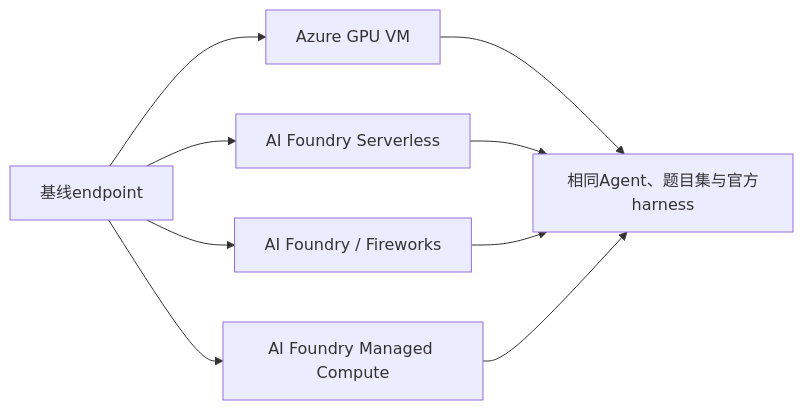
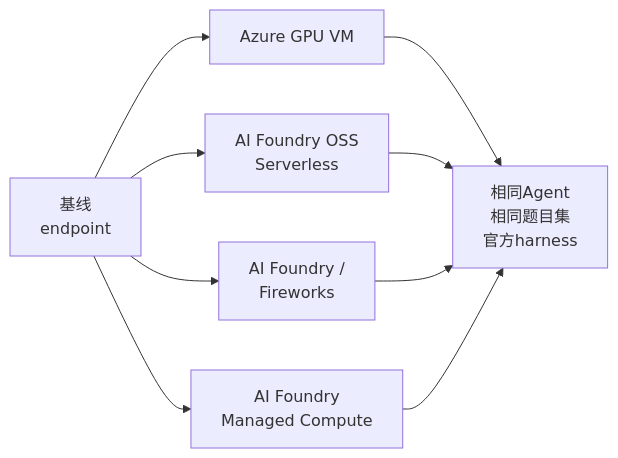
One commit to david-xinyuwei/david-share changed the second of 2 diagrams in Deep-Learning/OSS-Model-SWE-bench-Evaluation-Playbook/README-CN.md. Above: the diagram before and after it, drawn with Mermaid. The commit also changed other lines of this file and 8 other files, not shown here.

````diff
--- a/Deep-Learning/OSS-Model-SWE-bench-Evaluation-Playbook/README-CN.md
+++ b/Deep-Learning/OSS-Model-SWE-bench-Evaluation-Playbook/README-CN.md
@@ -67,11 +67,11 @@
 ```mermaid
 flowchart LR
-  R[基线endpoint] --> V[Azure GPU VM]
-  R --> S[AI Foundry Serverless]
-  R --> F[AI Foundry / Fireworks]
-  R --> M[AI Foundry Managed Compute]
-  V --> G[相同Agent、题目集与官方harness]
+  R[基线<br/>endpoint] --> V[Azure GPU VM]
+  R --> S[AI Foundry OSS<br/>Serverless]
+  R --> F[AI Foundry /<br/>Fireworks]
+  R --> M[AI Foundry<br/>Managed Compute]
+  V --> G[相同Agent<br/>相同题目集<br/>官方harness]
   S --> G
   F --> G
   M --> G
 ```
````
